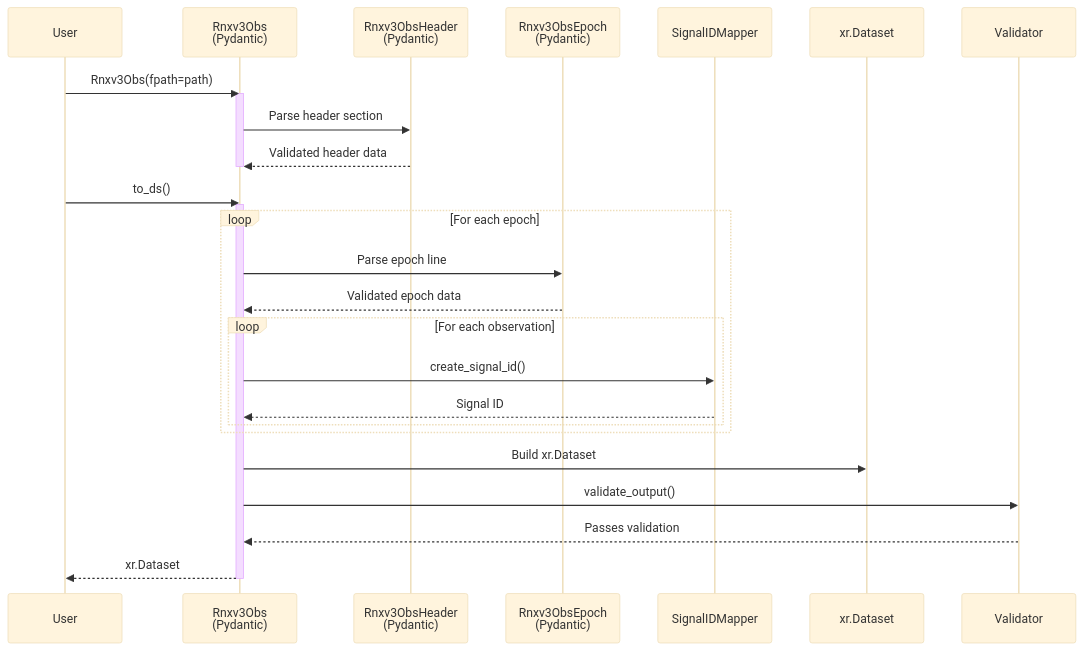
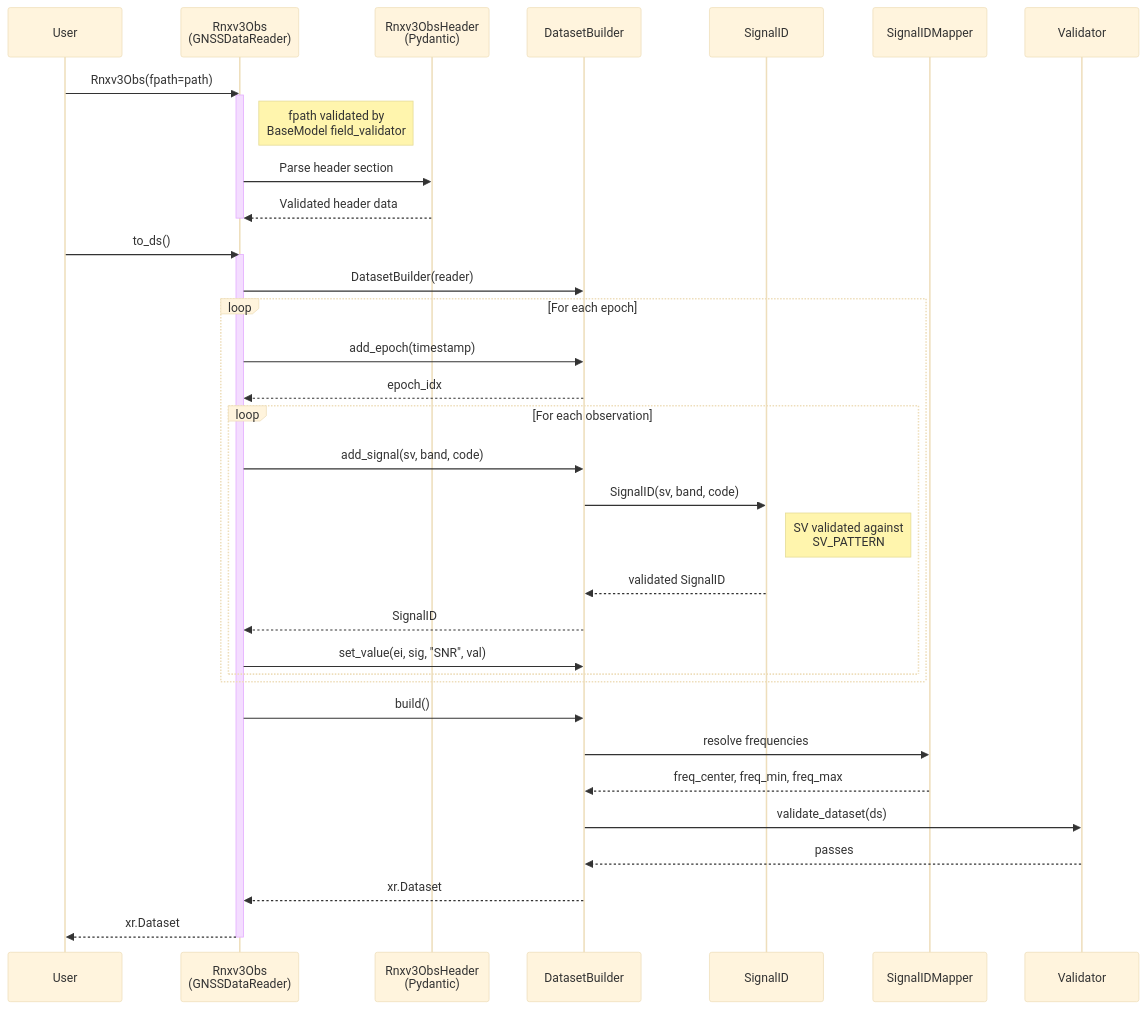
One commit to konstantinschellenberg/canvodpy changed the second of 2 diagrams in docs/packages/readers/architecture.md. Above: the diagram before and after it, drawn with Mermaid (base theme). The commit also changed other lines of this file and 44 other files, not shown here.

First line of the commit message:
refactor(readers): unify GNSSDataReader as Pydantic BaseModel + ABC

````diff
--- a/docs/packages/readers/architecture.md
+++ b/docs/packages/readers/architecture.md
@@ -162,36 +231,46 @@
 ```mermaid
 sequenceDiagram
     participant User
-    participant Reader as Rnxv3Obs<br/>(Pydantic)
+    participant Reader as Rnxv3Obs<br/>(GNSSDataReader)
     participant Header as Rnxv3ObsHeader<br/>(Pydantic)
-    participant Epoch as Rnxv3ObsEpoch<br/>(Pydantic)
+    participant Builder as DatasetBuilder
+    participant SigID as SignalID
     participant Mapper as SignalIDMapper
-    participant Dataset as xr.Dataset
     participant Validator
 
     User->>Reader: Rnxv3Obs(fpath=path)
     activate Reader
+    Note right of Reader: fpath validated by<br/>BaseModel field_validator
     Reader->>Header: Parse header section
     Header-->>Reader: Validated header data
     deactivate Reader
 
     User->>Reader: to_ds()
     activate Reader
+    Reader->>Builder: DatasetBuilder(reader)
 
     loop For each epoch
-        Reader->>Epoch: Parse epoch line
-        Epoch-->>Reader: Validated epoch data
+        Reader->>Builder: add_epoch(timestamp)
+        Builder-->>Reader: epoch_idx
 
         loop For each observation
-            Reader->>Mapper: create_signal_id()
-            Mapper-->>Reader: Signal ID
+            Reader->>Builder: add_signal(sv, band, code)
+            Builder->>SigID: SignalID(sv, band, code)
+            Note right of SigID: SV validated against<br/>SV_PATTERN
+            SigID-->>Builder: validated SignalID
+            Builder-->>Reader: SignalID
+
+            Reader->>Builder: set_value(ei, sig, "SNR", val)
         end
     end
 
-    Reader->>Dataset: Build xr.Dataset
-    Reader->>Validator: validate_output()
-    Validator-->>Reader: Passes validation
+    Reader->>Builder: build()
+    Builder->>Mapper: resolve frequencies
+    Mapper-->>Builder: freq_center, freq_min, freq_max
+    Builder->>Validator: validate_dataset(ds)
+    Validator-->>Builder: passes
+    Builder-->>Reader: xr.Dataset
 
     Reader-->>User: xr.Dataset
     deactivate Reader
 ```
````
